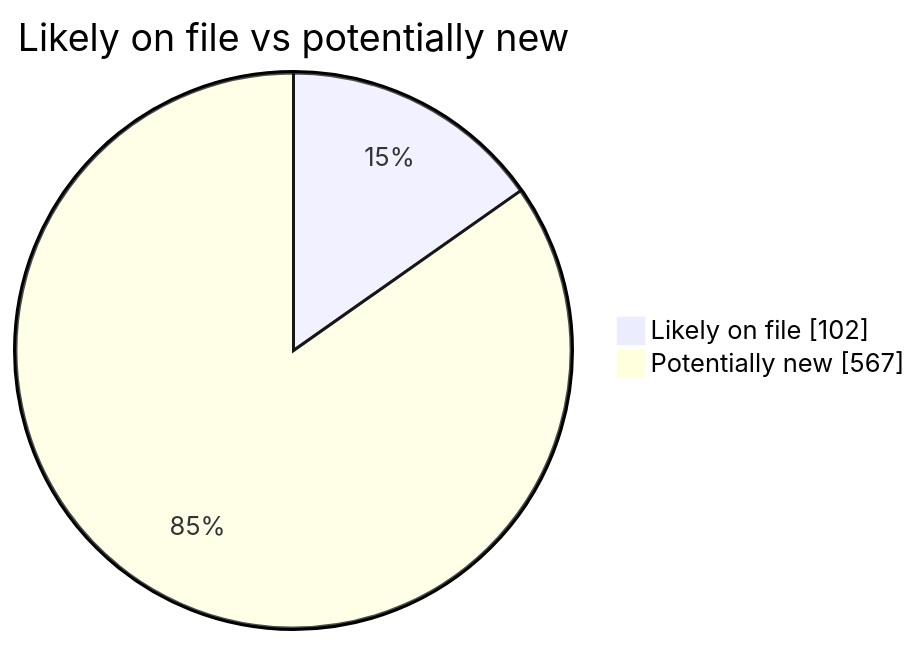
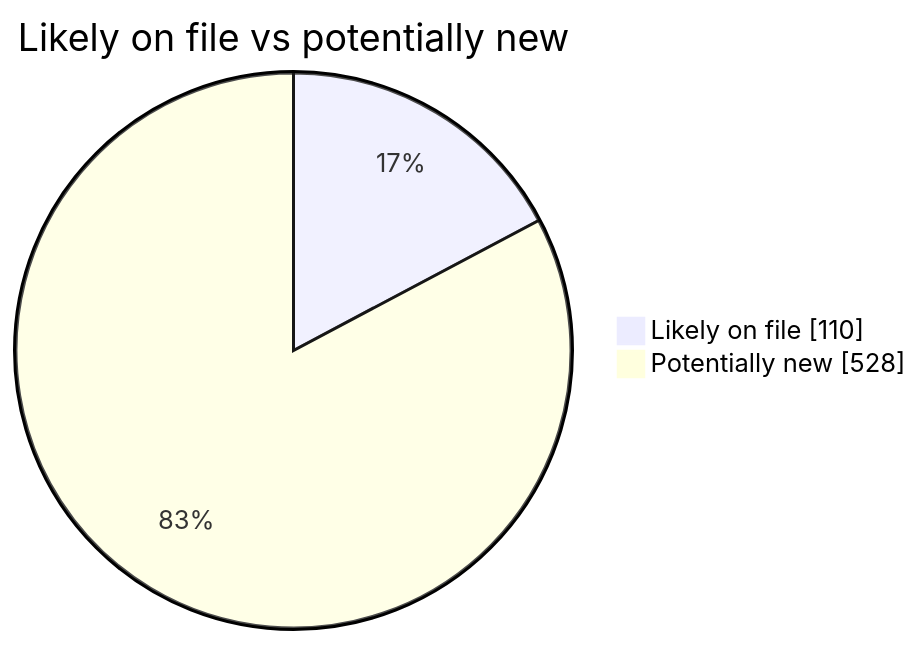
The second of 4 diagrams in README.md (martinbalfanz/social-scanner-reports), drawn with Mermaid before and after one commit. The commit also changed other lines of this file and 4 other files, not shown here.

````diff
--- a/README.md
+++ b/README.md
@@ -40,5 +40,5 @@
 ```mermaid
 pie showData title Likely on file vs potentially new
-    "Likely on file" : 102
-    "Potentially new" : 567
+    "Likely on file" : 110
+    "Potentially new" : 528
 ```
````
